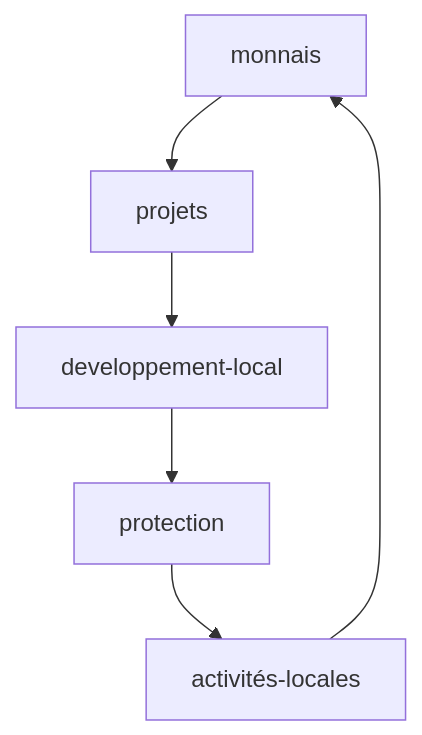
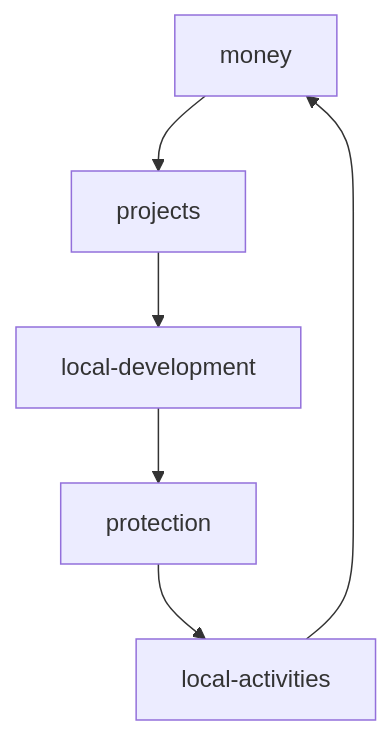
One commit to franckdun/franckdun changed the diagram in README.md. Above: the diagram before and after it, drawn with Mermaid.

Commit message:
ajout readme

````diff
--- a/README.md
+++ b/README.md
@@ -141,8 +141,8 @@
 ```mermaid
   graph TD;
-      monnais-->projets;
-      projets-->developpement-local;
-      developpement-local-->protection;
-      protection-->activités-locales;
-      activités-locales-->monnais;
+       money-->projects;
+       projects-->local-development;
+       local-development-->protection;
+       protection-->local-activities;
+       local-activities-->money;
 ```
````
